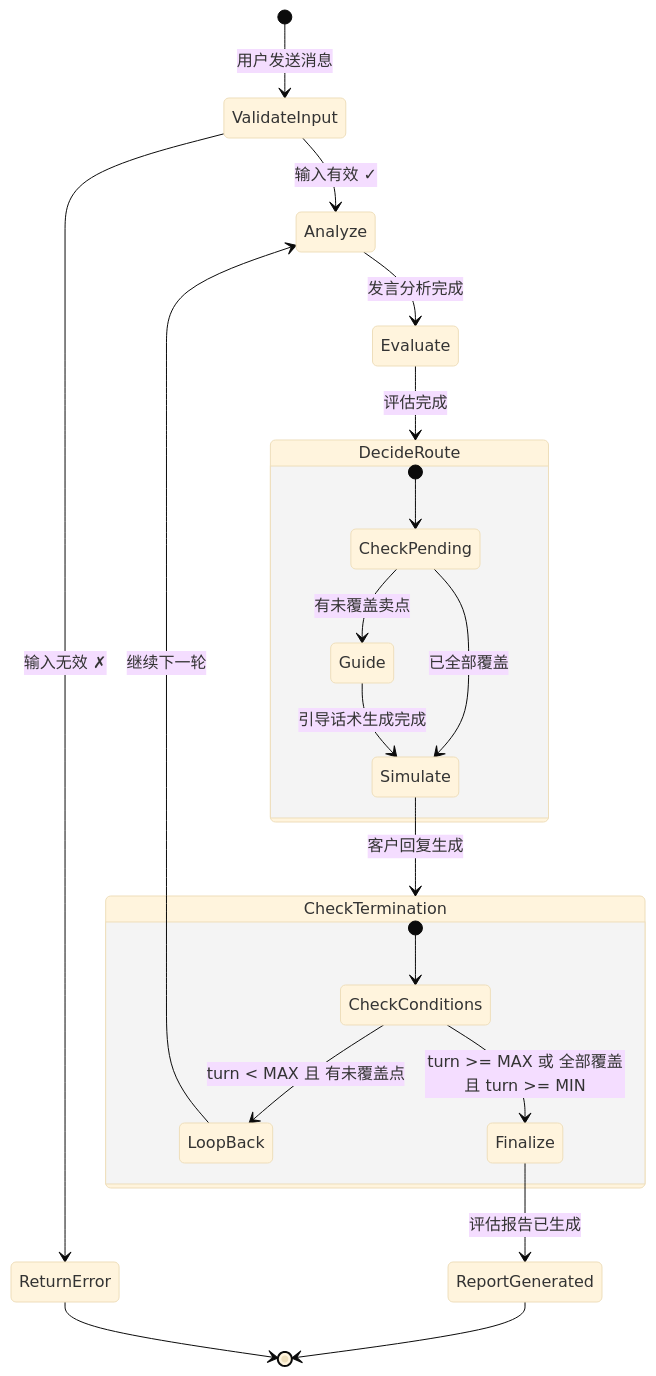
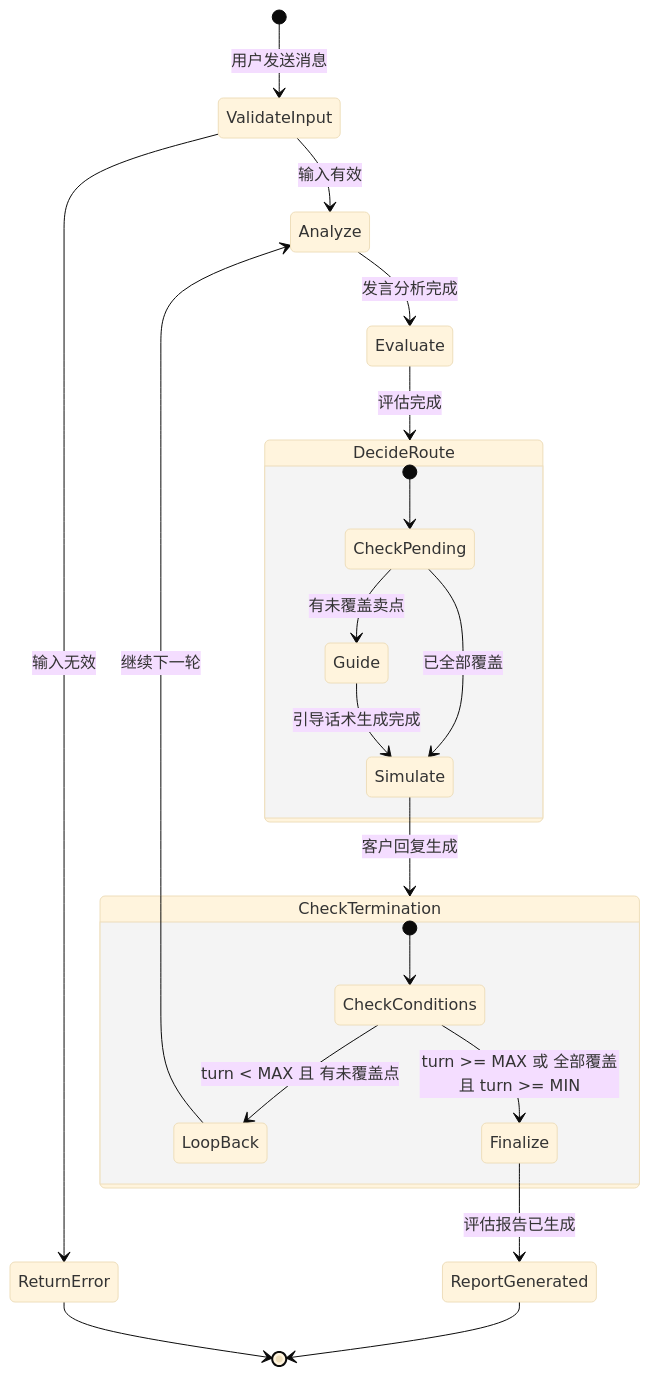
One commit to xt765/UMU-Sales-Trainer changed the seventh of 15 diagrams in README.md. Above: the diagram before and after it, drawn with Mermaid (base theme). The commit also changed other lines of this file and 3 other files, not shown here.

Commit message:
docs: 修复技术栈全景图布局 - 子图垂直堆叠 + 去除emoji

````diff
--- a/README.md
+++ b/README.md
@@ -347,32 +347,32 @@
 ```mermaid
 stateDiagram-v2
     [*] --> ValidateInput: 用户发送消息
-    ValidateInput --> Analyze: 输入有效 ✓
-    ValidateInput --> ReturnError: 输入无效 ✗
+    ValidateInput --> Analyze: 输入有效
+    ValidateInput --> ReturnError: 输入无效
     
     Analyze --> Evaluate: 发言分析完成
     
     Evaluate --> DecideRoute: 评估完成
     
     state DecideRoute {
         [*] --> CheckPending
         CheckPending --> Guide: 有未覆盖卖点
         CheckPending --> Simulate: 已全部覆盖
     }
     
     Guide --> Simulate: 引导话术生成完成
     
     Simulate --> CheckTermination: 客户回复生成
     
     state CheckTermination {
         [*] --> CheckConditions
         CheckConditions --> LoopBack: turn < MAX 且 有未覆盖点
         CheckConditions --> Finalize: turn >= MAX 或 全部覆盖且 turn >= MIN
     }
     
     LoopBack --> Analyze: 继续下一轮
     Finalize --> ReportGenerated: 评估报告已生成
     ReportGenerated --> [*]
     
     ReturnError --> [*]
 ```
````
